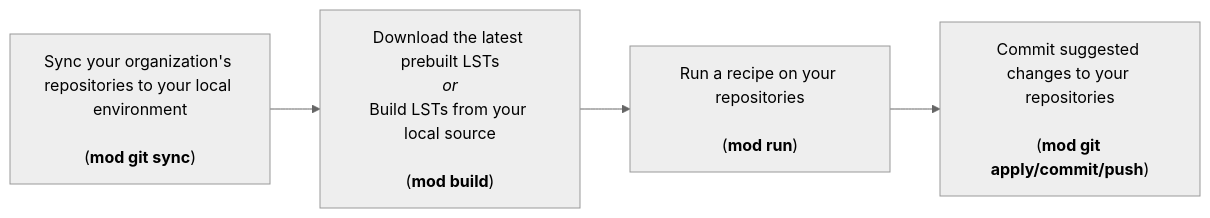
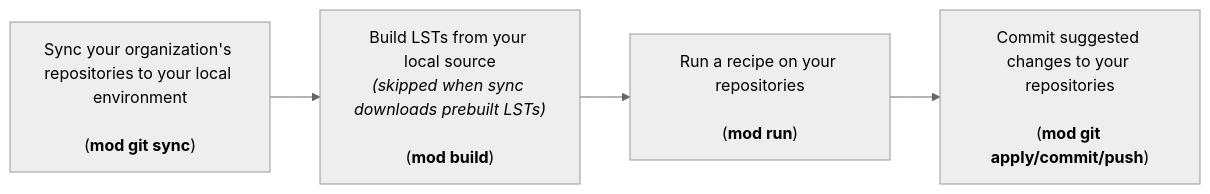
One commit to moderneinc/moderne-docs changed the diagram in docs/user-documentation/moderne-cli/how-to-guides/cli-telemetry.md. Above: the diagram before and after it, drawn with Mermaid (neutral theme). The commit also changed other lines of this file and 5 other files, not shown here.

````diff
--- a/docs/user-documentation/moderne-cli/how-to-guides/cli-telemetry.md
+++ b/docs/user-documentation/moderne-cli/how-to-guides/cli-telemetry.md
@@ -22,10 +22,10 @@
 ```mermaid
 flowchart LR
   sync["`Sync your organization's repositories to your local environment<br/><br/>(**mod git sync**)`"]
-  build["`Download the latest prebuilt LSTs<br/>_or_<br/>Build LSTs from your local source<br/><br/>(**mod build**)`"]
+  build["`Build LSTs from your local source<br/>_(skipped when sync downloads prebuilt LSTs)_<br/><br/>(**mod build**)`"]
   run["`Run a recipe on your repositories<br/><br/>(**mod run**)`"]
   commit["`Commit suggested changes to your repositories<br/><br/>(**mod git apply/commit/push**)`"]
   sync --> build
   build --> run
   run --> commit
 ```
````
